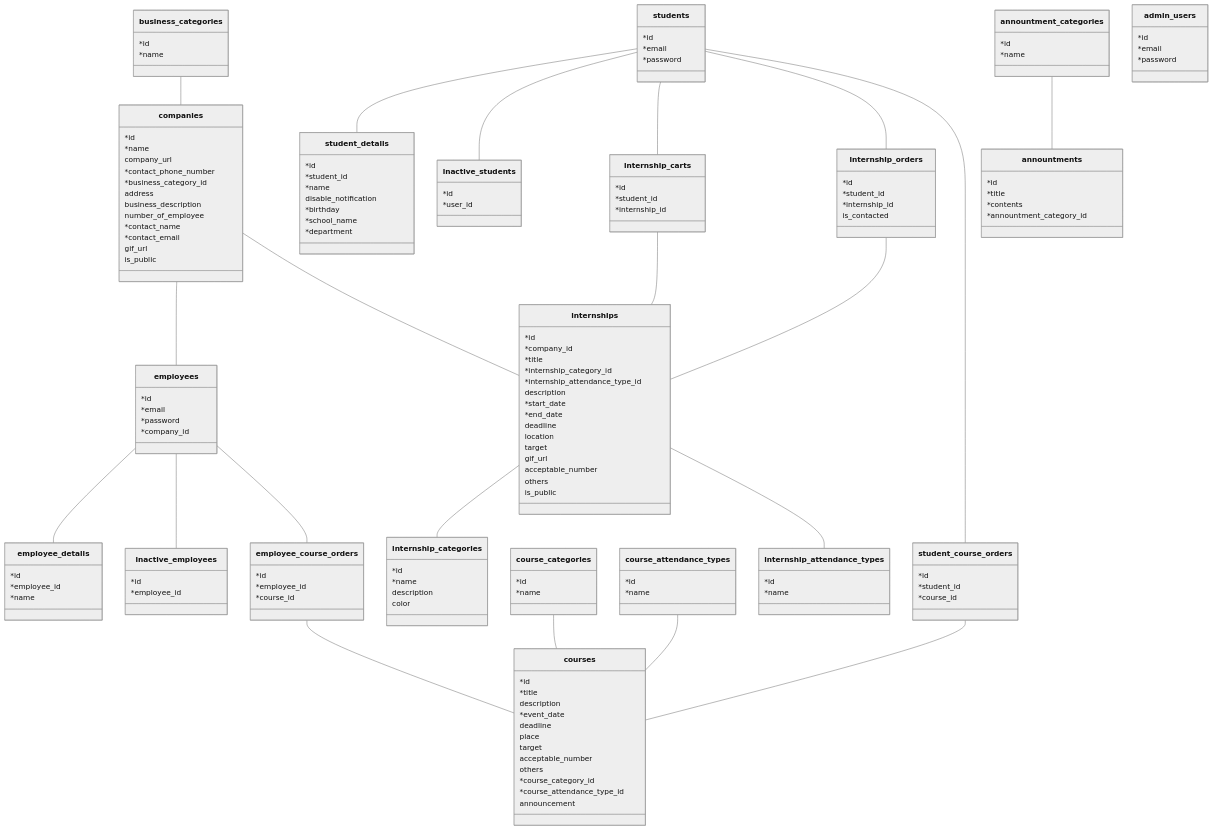
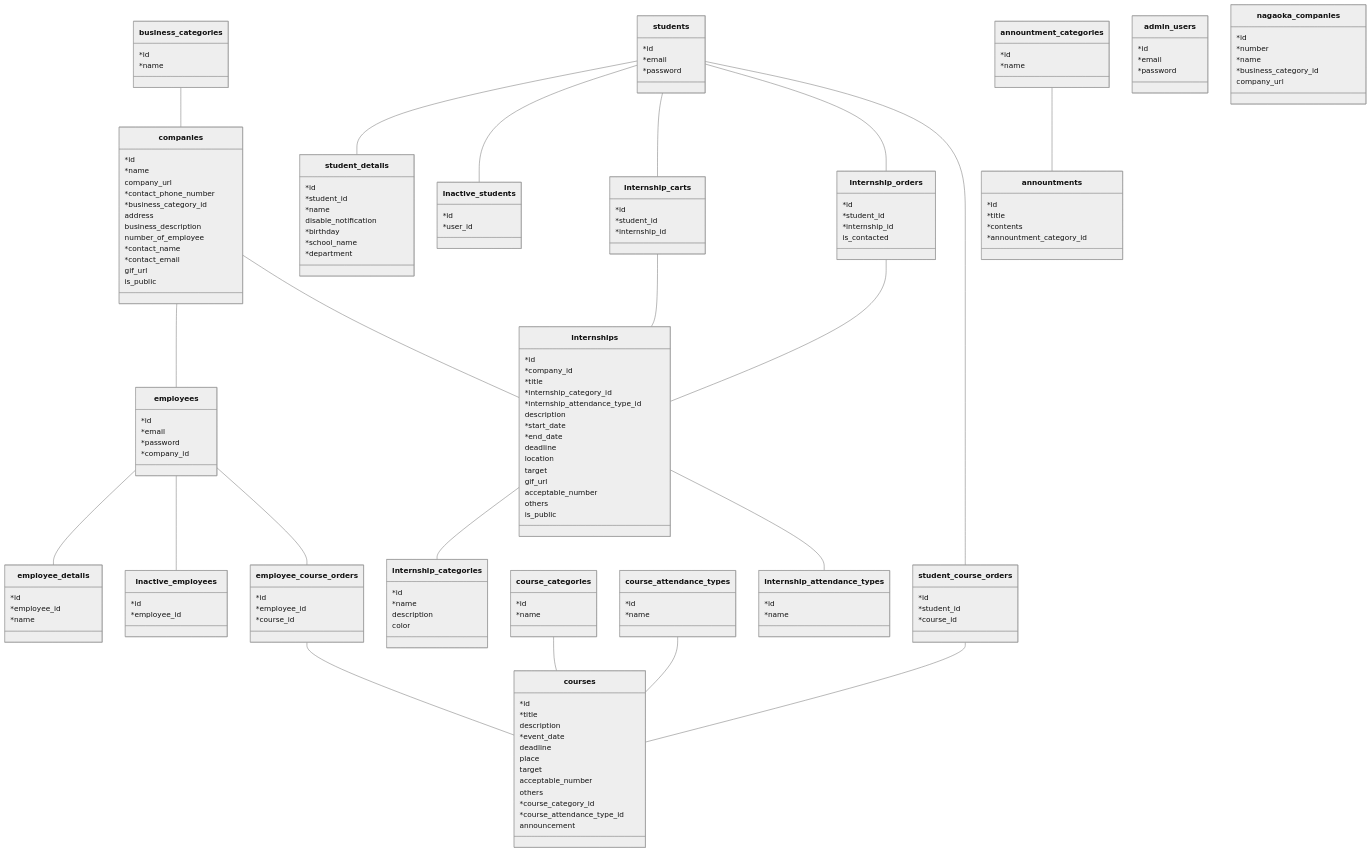
One commit to youichiro/nagaoka-internship-site changed the diagram in docs/schema.md. Above: the diagram before and after it, drawn with Mermaid. The commit also changed 2 other files, not shown here.

Commit message:
create nagaoka_companies

````diff
--- a/docs/schema.md
+++ b/docs/schema.md
@@ -183,4 +183,12 @@
     *contents
     *annountment_category_id
   }
+
+  class nagaoka_companies {
+    *id
+    *number
+    *name
+    *business_category_id
+    company_url
+  }
 ```
````
